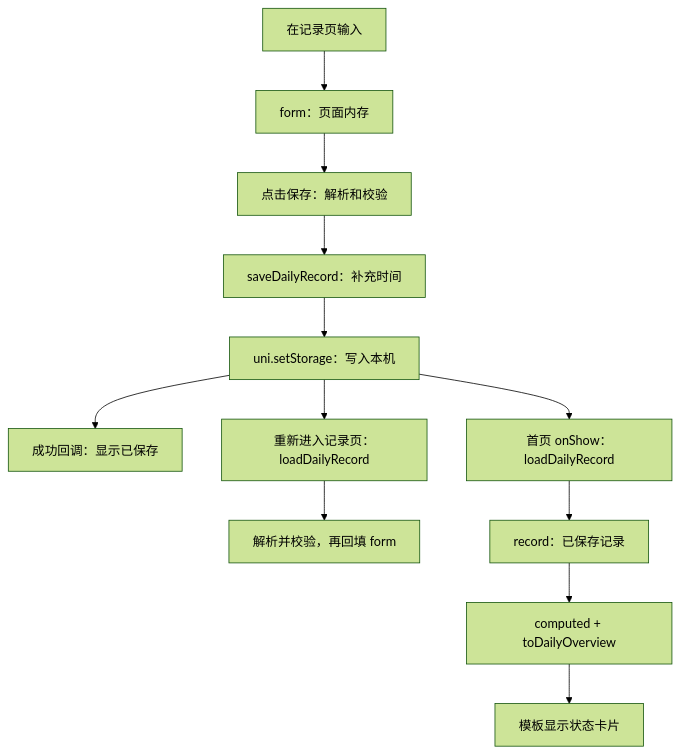
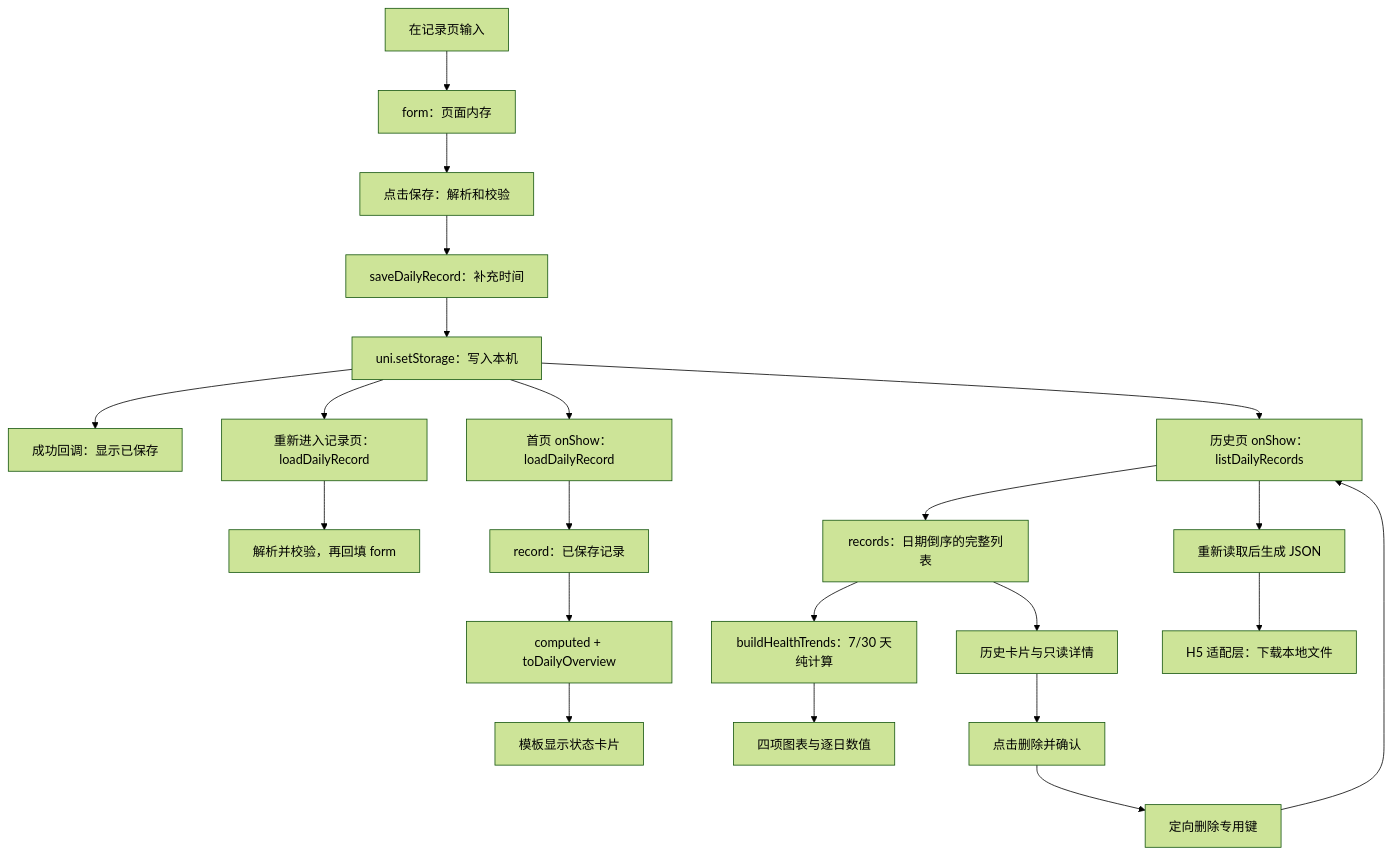
One commit to Jasperskkr/Mindbody changed the first of 2 diagrams in docs/DATA_FLOW.md. Above: the diagram before and after it, drawn with Mermaid (forest theme). The commit also changed other lines of this file and 54 other files, not shown here.

````diff
--- a/docs/DATA_FLOW.md
+++ b/docs/DATA_FLOW.md
@@ -7,14 +7,24 @@
 ```mermaid
 flowchart TD
   A[在记录页输入] --> B[form：页面内存]
   B --> C[点击保存：解析和校验]
   C --> D[saveDailyRecord：补充时间]
   D --> E[uni.setStorage：写入本机]
   E --> F[成功回调：显示已保存]
   E --> G[重新进入记录页：loadDailyRecord]
   G --> H[解析并校验，再回填 form]
   E --> I[首页 onShow：loadDailyRecord]
   I --> J[record：已保存记录]
   J --> K[computed + toDailyOverview]
   K --> L[模板显示状态卡片]
+  E --> M[历史页 onShow：listDailyRecords]
+  M --> N[records：日期倒序的完整列表]
+  N --> O[历史卡片与只读详情]
+  N --> P[buildHealthTrends：7/30 天纯计算]
+  P --> Q[四项图表与逐日数值]
+  M --> R[重新读取后生成 JSON]
+  R --> S[H5 适配层：下载本地文件]
+  O --> T[点击删除并确认]
+  T --> U[定向删除专用键]
+  U --> M
 ```
````
